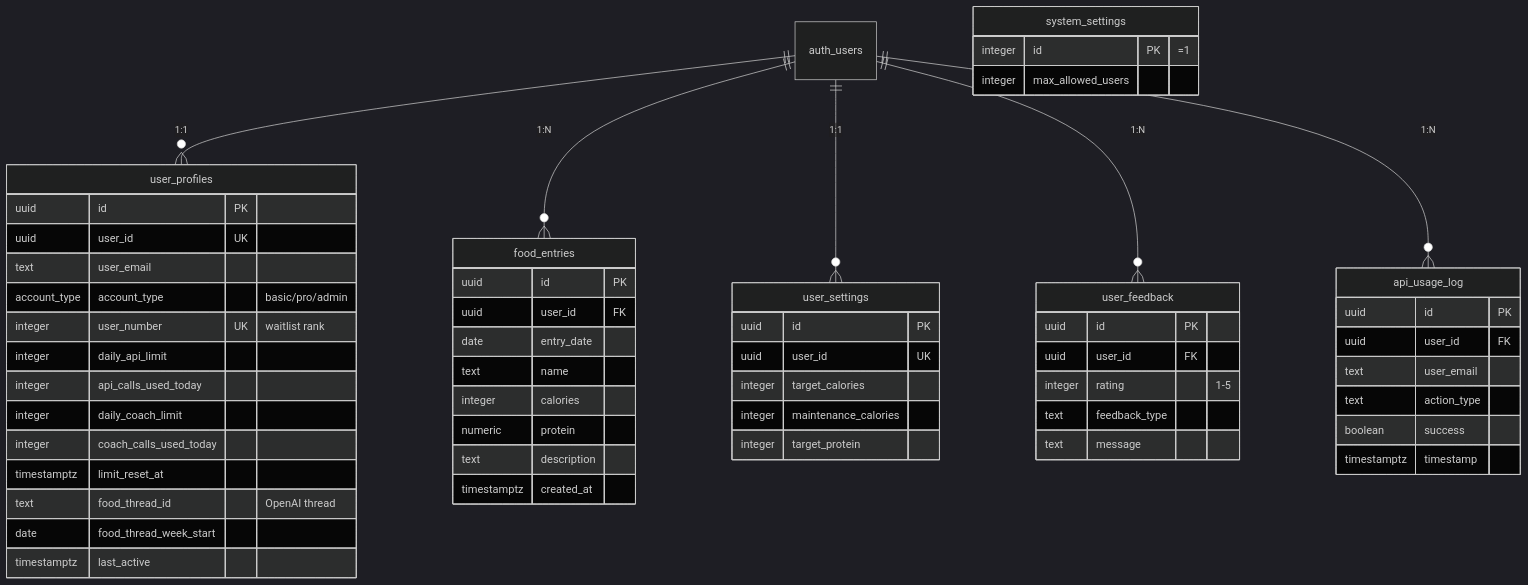
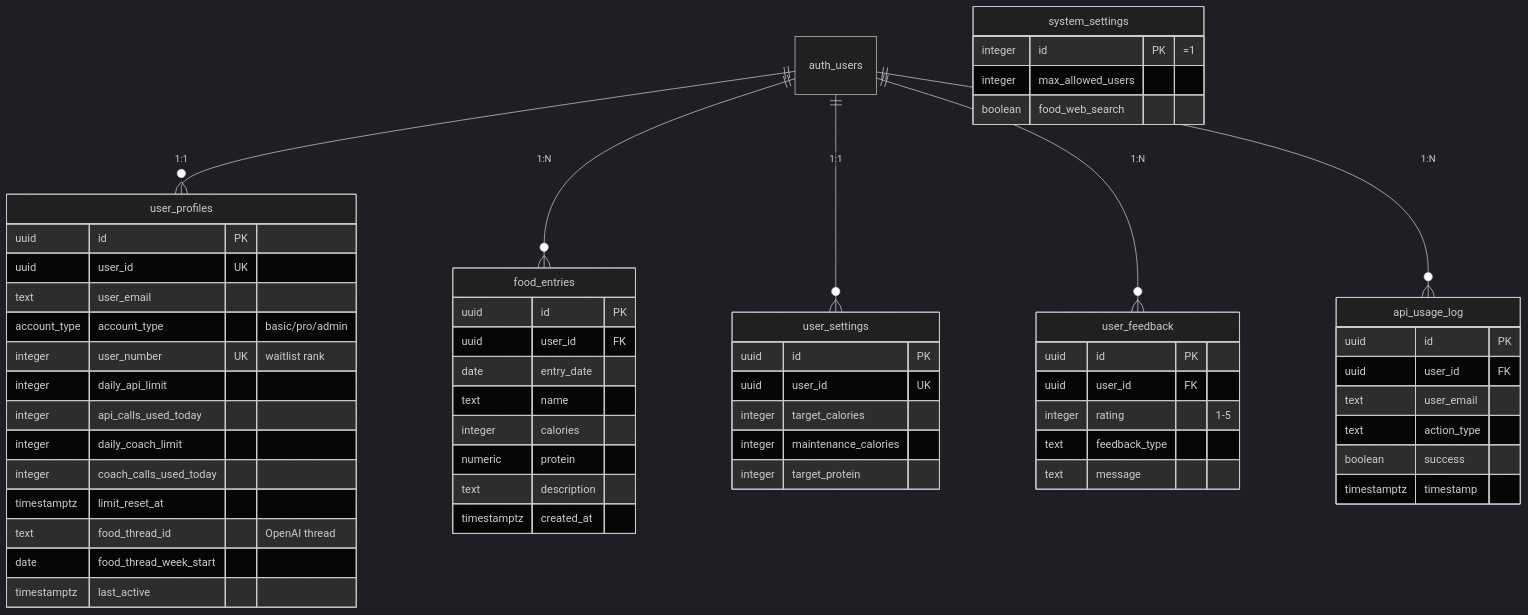
Before and after one commit to satyajitkumthekar/forge: the diagram in DATABASE_SCHEMA.md, drawn with Mermaid (dark theme). The commit also changed other lines of this file and 21 other files, not shown here.

````diff
--- a/DATABASE_SCHEMA.md
+++ b/DATABASE_SCHEMA.md
@@ -55,65 +55,66 @@
 ```mermaid
 erDiagram
     auth_users ||--o{ user_profiles : "1:1"
     auth_users ||--o{ food_entries : "1:N"
     auth_users ||--o{ user_settings : "1:1"
     auth_users ||--o{ user_feedback : "1:N"
     auth_users ||--o{ api_usage_log : "1:N"
 
     user_profiles {
         uuid id PK
         uuid user_id UK
         text user_email
         account_type account_type "basic/pro/admin"
         integer user_number UK "waitlist rank"
         integer daily_api_limit
         integer api_calls_used_today
         integer daily_coach_limit
         integer coach_calls_used_today
         timestamptz limit_reset_at
         text food_thread_id "OpenAI thread"
         date food_thread_week_start
         timestamptz last_active
     }
 
     food_entries {
         uuid id PK
         uuid user_id FK
         date entry_date
         text name
         integer calories
         numeric protein
         text description
         timestamptz created_at
     }
 
     user_settings {
         uuid id PK
         uuid user_id UK
         integer target_calories
         integer maintenance_calories
         integer target_protein
     }
 
     user_feedback {
         uuid id PK
         uuid user_id FK
         integer rating "1-5"
         text feedback_type
         text message
     }
 
     api_usage_log {
         uuid id PK
         uuid user_id FK
         text user_email
         text action_type
         boolean success
         timestamptz timestamp
     }
 
     system_settings {
         integer id PK "=1"
         integer max_allowed_users
+        boolean food_web_search
     }
 ```
````
